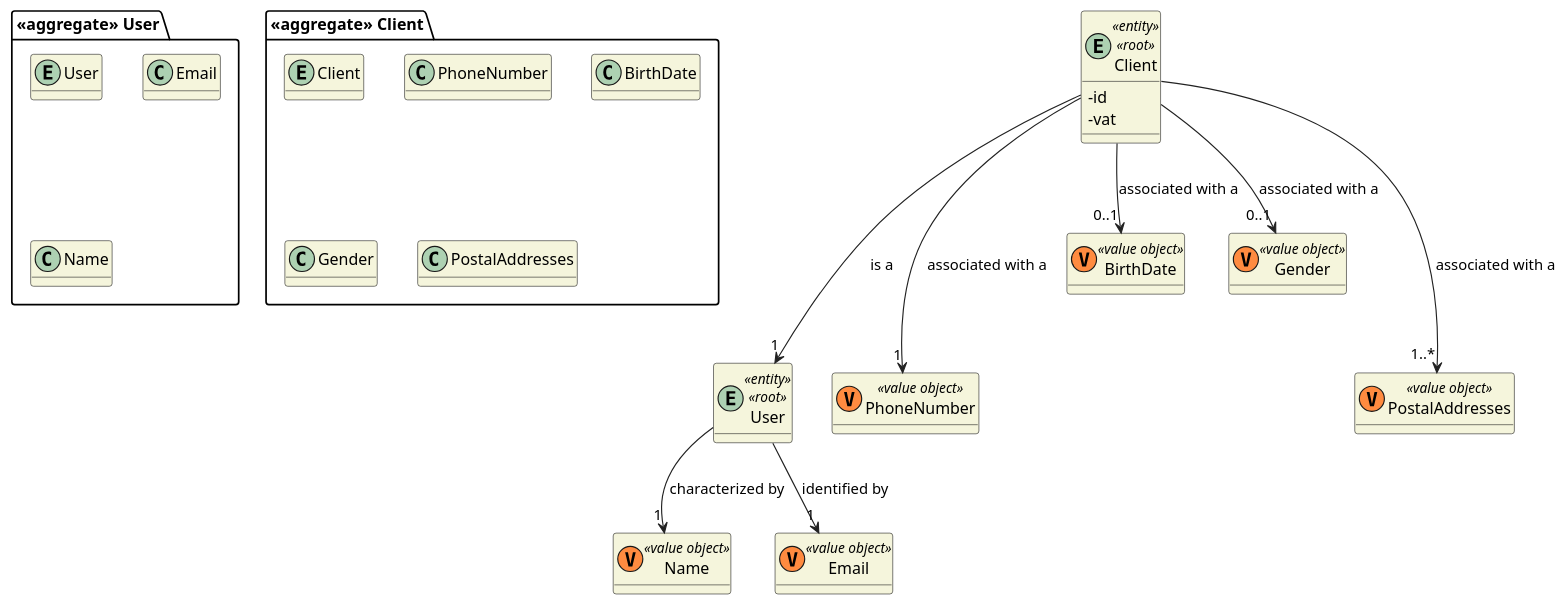
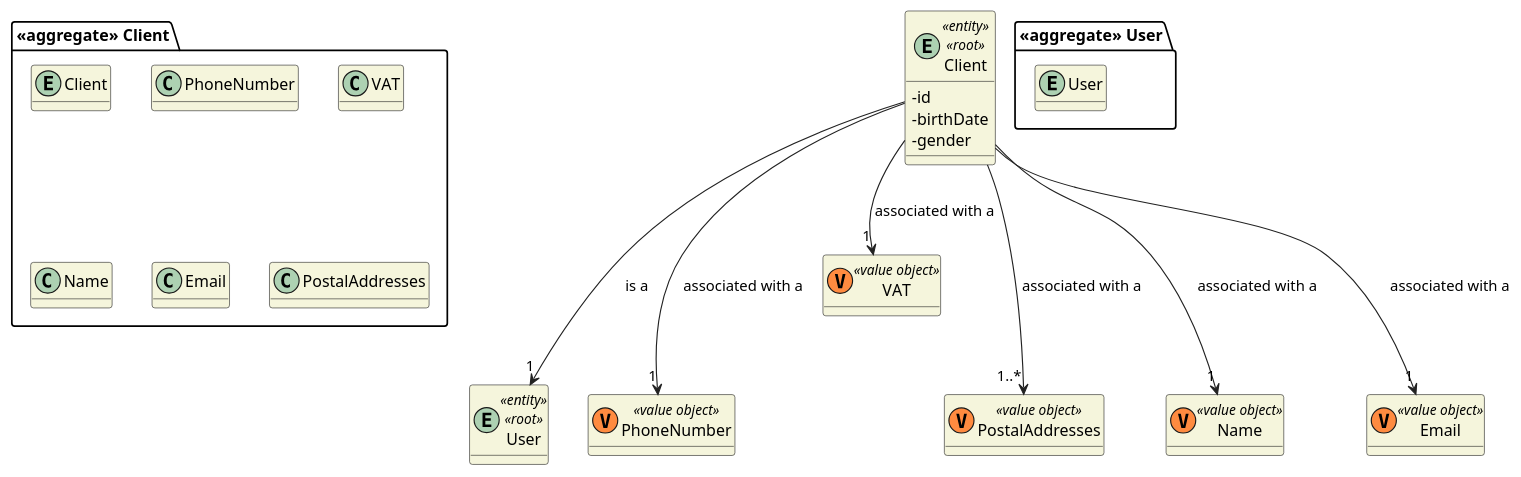
The diagram in docs/DM/DM_Client.puml (0franciscor/lei21_22_s4_2de_01), drawn with PlantUML before and after one commit. The commit also changed 1 other file, not shown here.

```diff
--- a/docs/DM/DM_Client.puml
+++ b/docs/DM/DM_Client.puml
@@ -1,49 +1,50 @@
 @startuml
 'https://plantuml.com/class-diagram
 
 skinparam classAttributeIconSize 0
 hide empty attributes
 skinparam classBackgroundColor beige
 skinparam ArrowColor #222222
 
+
+
+
+package "<<aggregate>> Client" {
+    entity Client
+    class PhoneNumber
+    class VAT
+    class Name
+    class Email
+    class PostalAddresses
+}
+
+entity Client <<entity>> <<root>> {
+    - id
+    - birthDate
+    - gender
+}
+
 package "<<aggregate>> User" {
     entity User
-    class Email
-    class Name
+
 }
 
 entity User <<entity>> <<root>> {
 
 }
 
+
+class PhoneNumber <<(V,#FF8B40) value object>> {}
+class VAT <<(V,#FF8B40) value object>> {}
+class PostalAddresses <<(V,#FF8B40) value object>> {}
 class Name <<(V,#FF8B40) value object>> {}
 class Email <<(V,#FF8B40) value object>> {}
 
-User --> "1" Name : characterized by
-User --> "1" Email : identified by
-
-package "<<aggregate>> Client" {
-    entity Client
-    class PhoneNumber
-    class BirthDate
-    class Gender
-    class PostalAddresses
-}
-
-entity Client <<entity>> <<root>> {
-    - id
-    - vat
-}
-
-class PhoneNumber <<(V,#FF8B40) value object>> {}
-class BirthDate <<(V,#FF8B40) value object>> {}
-class Gender <<(V,#FF8B40) value object>> {}
-class PostalAddresses <<(V,#FF8B40) value object>> {}
-
 Client ---> "1" User : is a
 Client ---> "1" PhoneNumber: associated with a
-Client --> "0..1" BirthDate: associated with a
-Client --> "0..1" Gender: associated with a
+Client ---> "1" Name: associated with a
+Client ---> "1" Email: associated with a
+Client --> "1" VAT: associated with a
 Client ---> "1..*" PostalAddresses: associated with a
 
 @enduml
```
